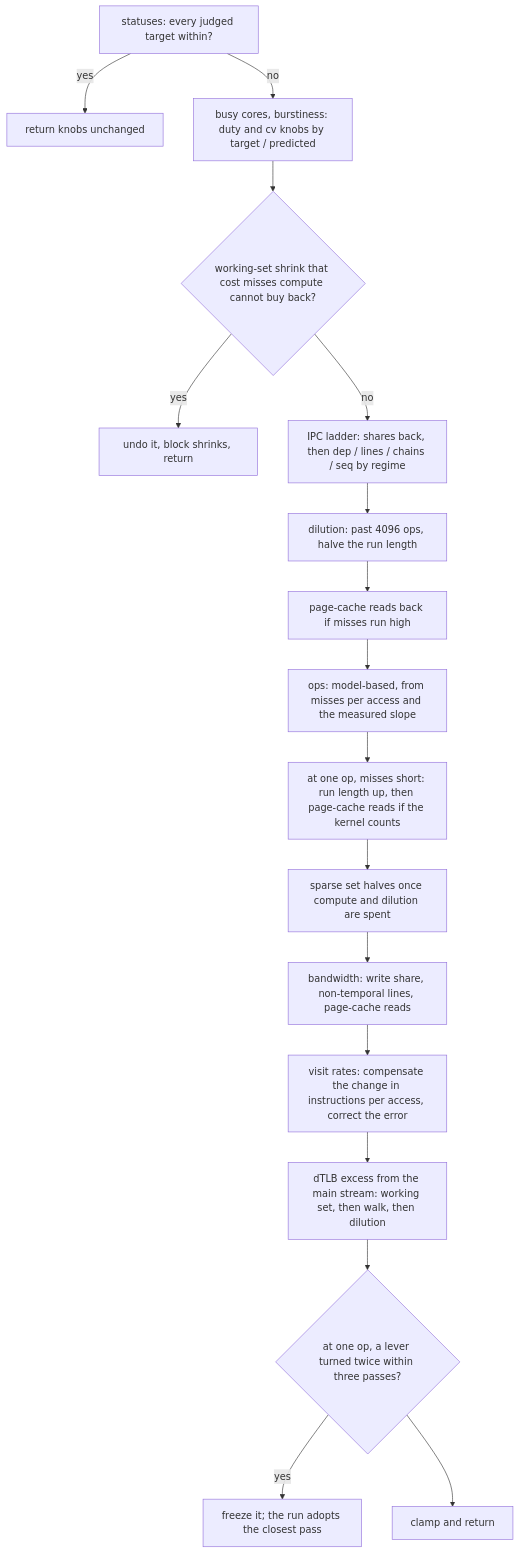
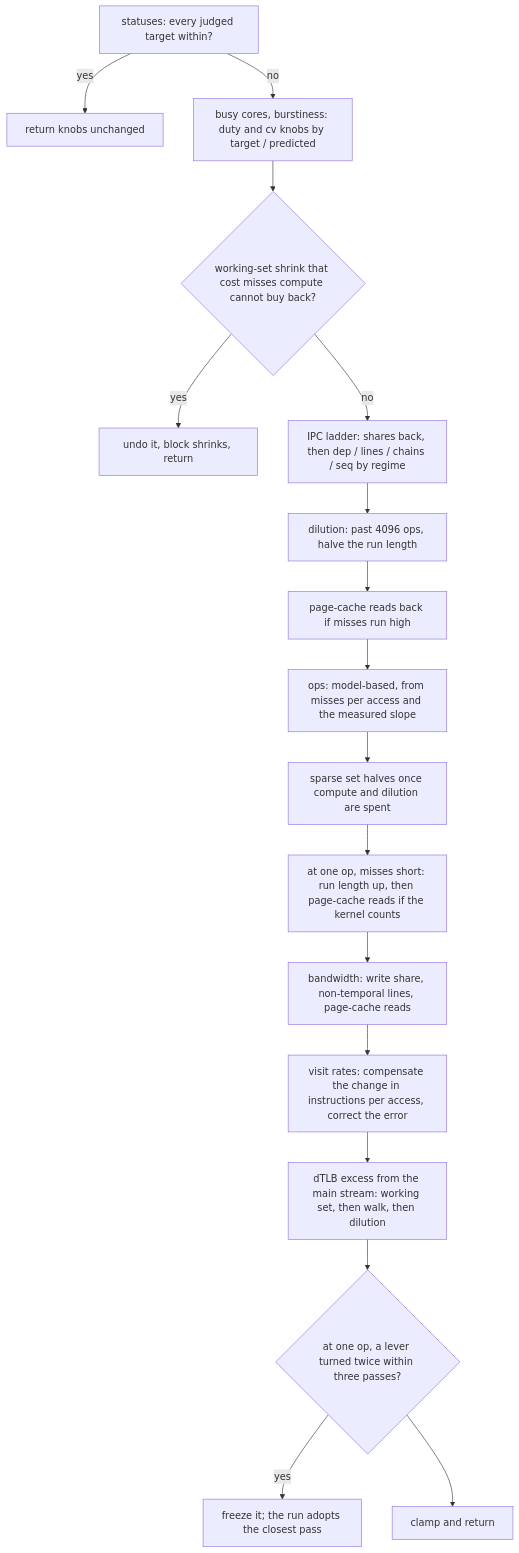
Before and after one commit to likewhatevs/thrashgen: the fourth of 4 diagrams in docs/architecture.md, drawn with Mermaid. The commit also changed other lines of this file, not shown here.

Commit message:
Match the fitter diagram to the order the pass runs its rules

````diff
--- a/docs/architecture.md
+++ b/docs/architecture.md
@@ -121,19 +122,19 @@
 ```mermaid
 flowchart TD
     A[statuses: every judged target within?] -->|yes| Z[return knobs unchanged]
     A -->|no| B[busy cores, burstiness: duty and cv knobs by target / predicted]
     B --> C{working-set shrink that cost misses compute cannot buy back?}
     C -->|yes| C1[undo it, block shrinks, return]
     C -->|no| D[IPC ladder: shares back, then dep / lines / chains / seq by regime]
     D --> E[dilution: past 4096 ops, halve the run length]
     E --> F[page-cache reads back if misses run high]
     F --> G[ops: model-based, from misses per access and the measured slope]
-    G --> H[at one op, misses short: run length up, then page-cache reads if the kernel counts]
-    H --> I[sparse set halves once compute and dilution are spent]
+    G --> H[sparse set halves once compute and dilution are spent]
+    H --> I[at one op, misses short: run length up, then page-cache reads if the kernel counts]
     I --> J[bandwidth: write share, non-temporal lines, page-cache reads]
     J --> K[visit rates: compensate the change in instructions per access, correct the error]
     K --> L[dTLB excess from the main stream: working set, then walk, then dilution]
     L --> M{at one op, a lever turned twice within three passes?}
     M -->|yes| M1[freeze it; the run adopts the closest pass]
     M --> N[clamp and return]
 ```
````
